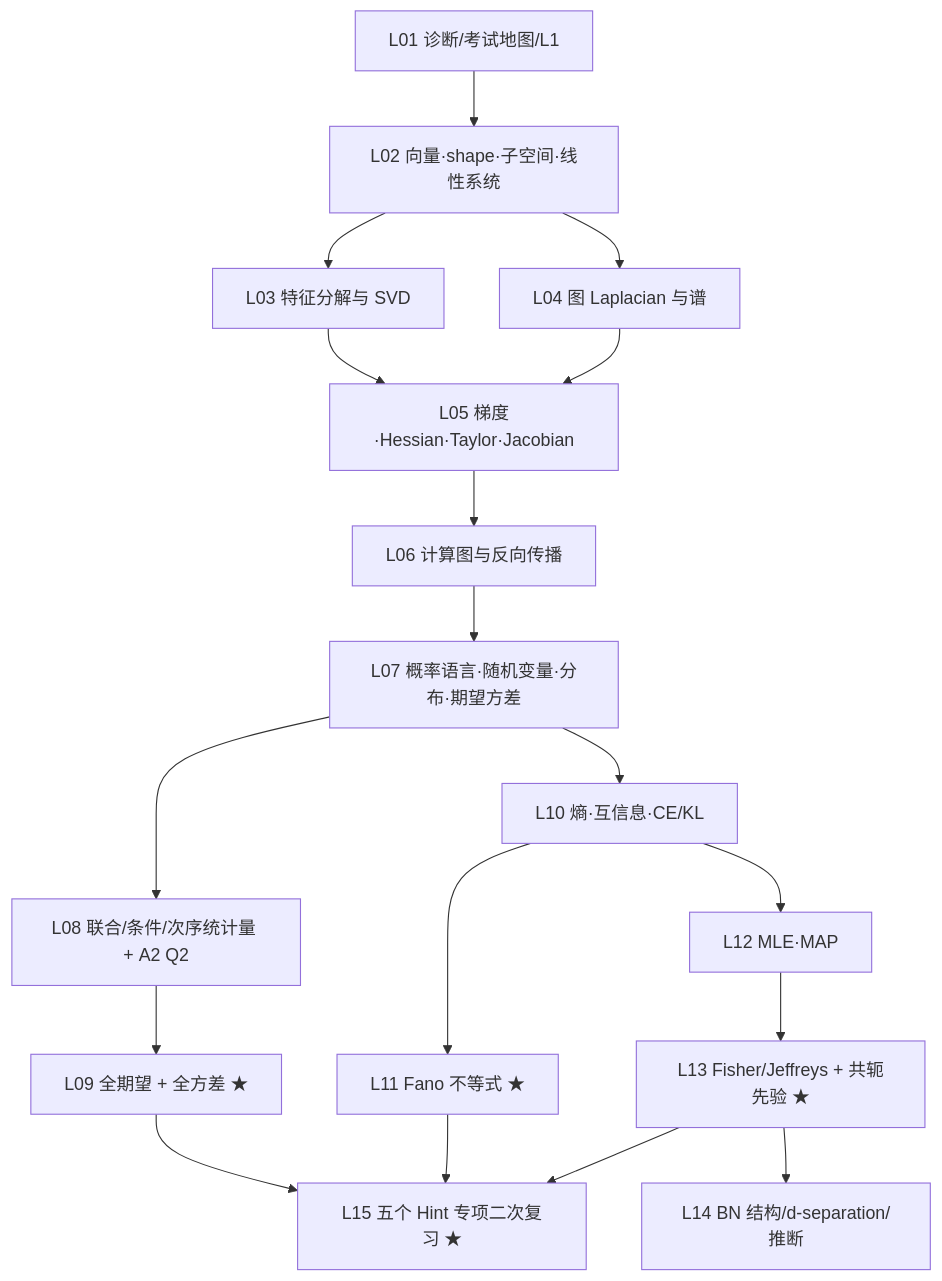
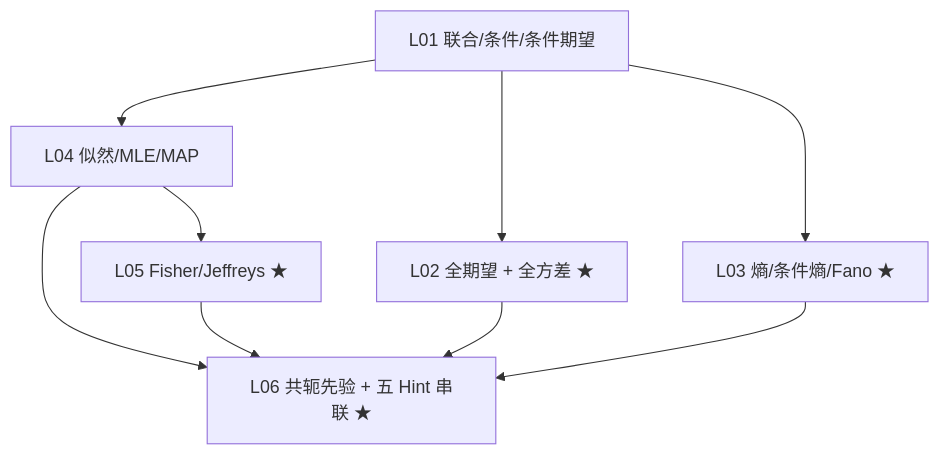
The diagram in math-tutor-os/学习内容/02_知识图谱/知识图谱.md (gujunyang/Math), drawn with Mermaid before and after one commit. The commit also changed other lines of this file and 16 other files, not shown here.

````diff
--- a/math-tutor-os/学习内容/02_知识图谱/知识图谱.md
+++ b/math-tutor-os/学习内容/02_知识图谱/知识图谱.md
@@ -5,20 +6,11 @@
 ```mermaid
 graph TD
-  L01[L01 诊断/考试地图/L1] --> L02[L02 向量·shape·子空间·线性系统]
-  L02 --> L03[L03 特征分解与 SVD]
-  L02 --> L04[L04 图 Laplacian 与谱]
-  L03 --> L05[L05 梯度·Hessian·Taylor·Jacobian]
-  L04 --> L05
-  L05 --> L06[L06 计算图与反向传播]
-  L06 --> L07[L07 概率语言·随机变量·分布·期望方差]
-  L07 --> L08[L08 联合/条件/次序统计量 + A2 Q2]
-  L08 --> L09[L09 全期望 + 全方差 ★]
-  L07 --> L10[L10 熵·互信息·CE/KL]
-  L10 --> L11[L11 Fano 不等式 ★]
-  L10 --> L12[L12 MLE·MAP]
-  L12 --> L13[L13 Fisher/Jeffreys + 共轭先验 ★]
-  L13 --> L14[L14 BN 结构/d-separation/推断]
-  L09 --> L15[L15 五个 Hint 专项二次复习 ★]
-  L11 --> L15
-  L13 --> L15
+  L01["L01 联合/条件/条件期望"] --> L02["L02 全期望 + 全方差 ★"]
+  L01 --> L03["L03 熵/条件熵/Fano ★"]
+  L01 --> L04["L04 似然/MLE/MAP"]
+  L04 --> L05["L05 Fisher/Jeffreys ★"]
+  L04 --> L06["L06 共轭先验 + 五 Hint 串联 ★"]
+  L05 --> L06
+  L02 --> L06
+  L03 --> L06
 ```
````
